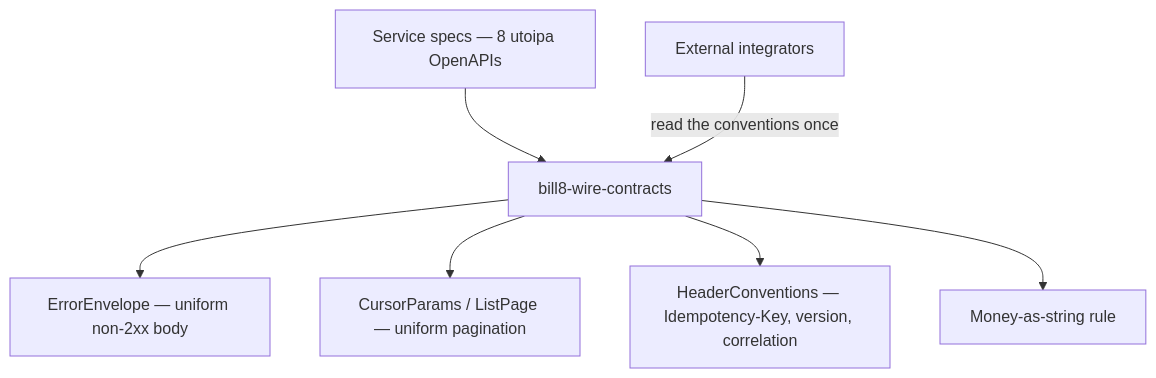
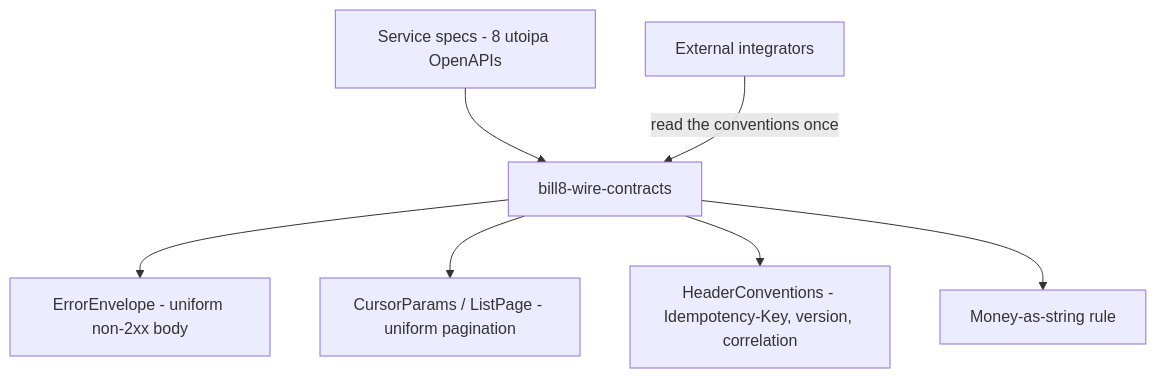
Before and after one commit to commerce8/bill8-sdk: the diagram in crates/wire/contracts/README.md, drawn with Mermaid. The commit also changed other lines of this file and 37 other files, not shown here.

````diff
--- a/crates/wire/contracts/README.md
+++ b/crates/wire/contracts/README.md
@@ -13,9 +13,9 @@
 ```mermaid
 graph TD
-    A[Service specs — 8 utoipa OpenAPIs] --> B[bill8-wire-contracts]
-    B --> C[ErrorEnvelope — uniform non-2xx body]
-    B --> D[CursorParams / ListPage — uniform pagination]
-    B --> E[HeaderConventions — Idempotency-Key, version, correlation]
+    A[Service specs - 8 utoipa OpenAPIs] --> B[bill8-wire-contracts]
+    B --> C[ErrorEnvelope - uniform non-2xx body]
+    B --> D[CursorParams / ListPage - uniform pagination]
+    B --> E[HeaderConventions - Idempotency-Key, version, correlation]
     B --> F[Money-as-string rule]
     G[External integrators] -->|read the conventions once| B
 ```
````
